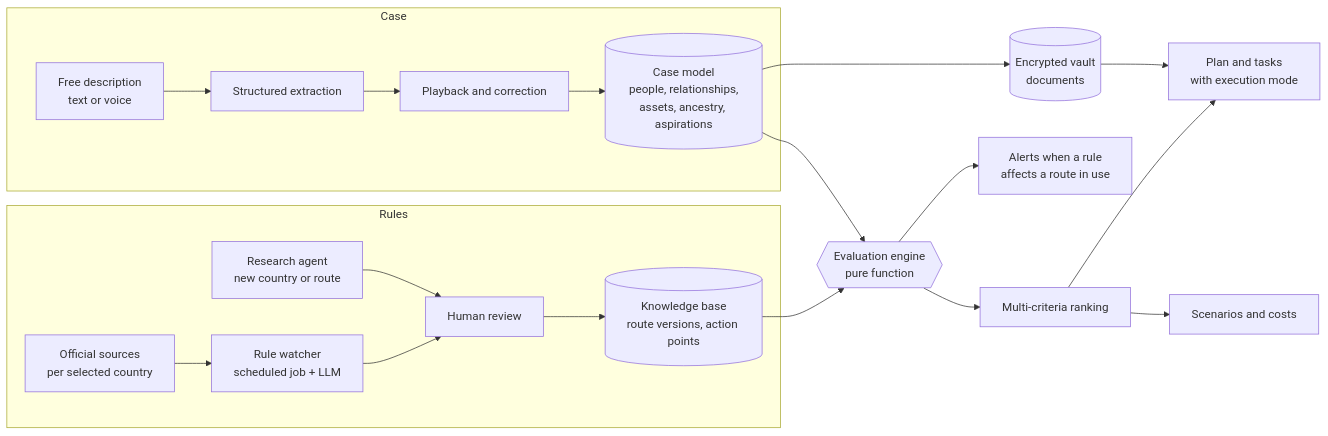
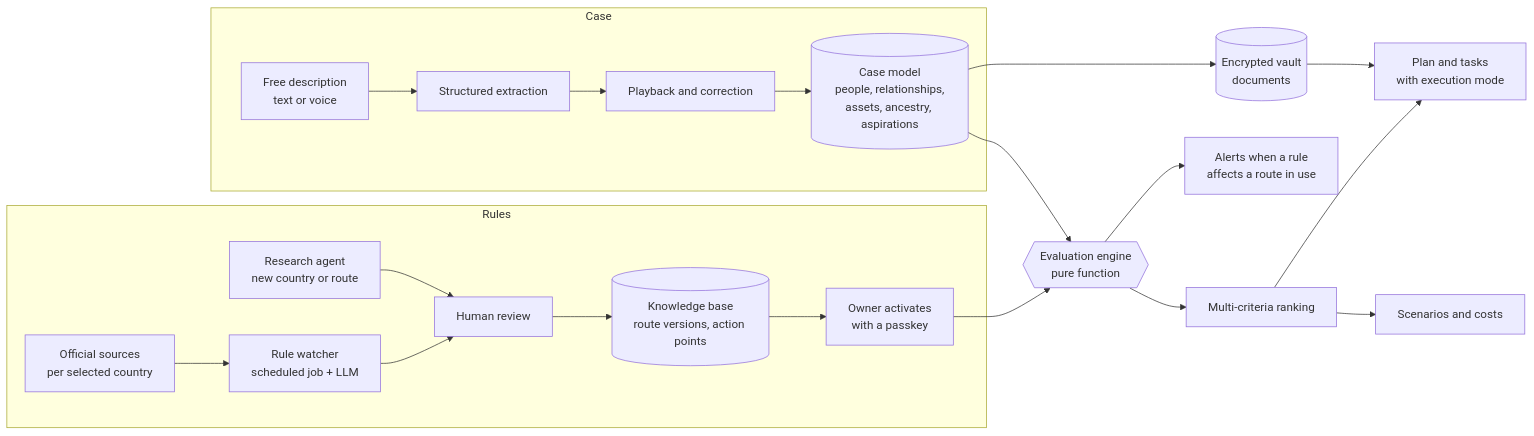
The diagram in docs/ARCHITECTURE.md (fernandolisboa/arca), drawn with Mermaid before and after one commit. The commit also changed other lines of this file and 4 other files, not shown here.

````diff
--- a/docs/ARCHITECTURE.md
+++ b/docs/ARCHITECTURE.md
@@ -9,22 +9,23 @@
 ```mermaid
 flowchart LR
   subgraph Rules
     SRC[Official sources<br/>per selected country] --> WATCH[Rule watcher<br/>scheduled job + LLM]
     WATCH --> REVIEW[Human review]
     RESEARCH[Research agent<br/>new country or route] --> REVIEW
     REVIEW --> KB[(Knowledge base<br/>route versions, action points)]
+    KB --> ACTIVATE[Owner activates<br/>with a passkey]
   end
   subgraph Case
     INTAKE[Free description<br/>text or voice] --> EXTRACT[Structured extraction]
     EXTRACT --> CONFIRM[Playback and correction]
     CONFIRM --> CASE[(Case model<br/>people, relationships,<br/>assets, ancestry, aspirations)]
   end
-  KB --> ENGINE{{Evaluation engine<br/>pure function}}
+  ACTIVATE --> ENGINE{{Evaluation engine<br/>pure function}}
   CASE --> ENGINE
   ENGINE --> RANK[Multi-criteria ranking]
   RANK --> PLAN[Plan and tasks<br/>with execution mode]
   RANK --> SCEN[Scenarios and costs]
   ENGINE --> ALERTS[Alerts when a rule<br/>affects a route in use]
   CASE --> VAULT[(Encrypted vault<br/>documents)]
   VAULT --> PLAN
 ```
````
